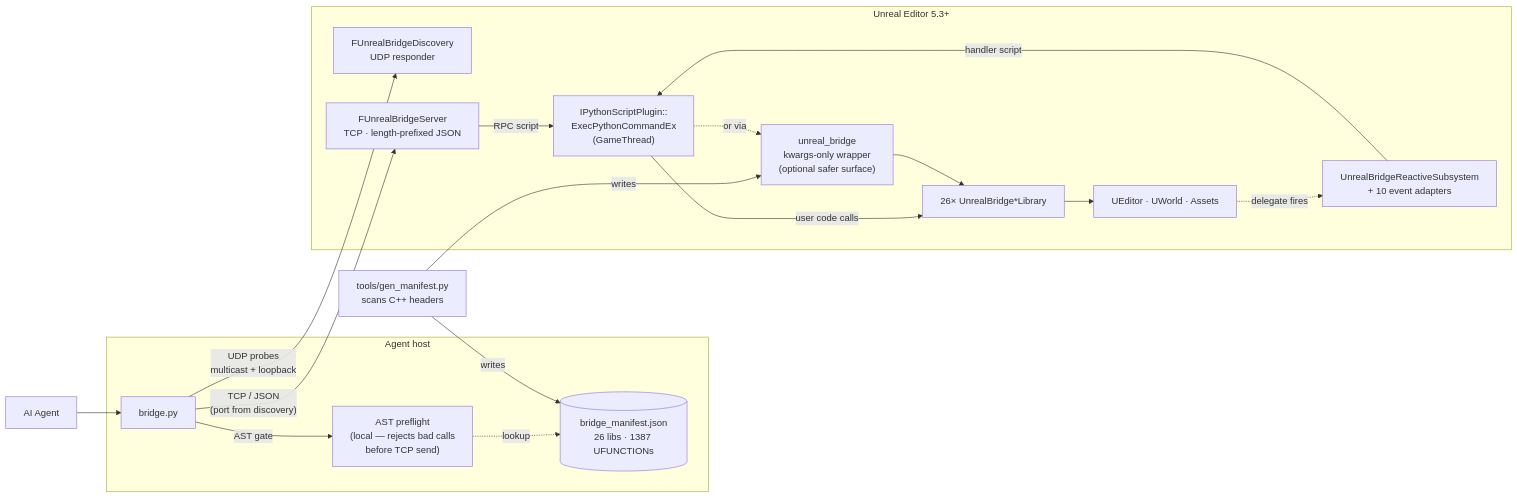
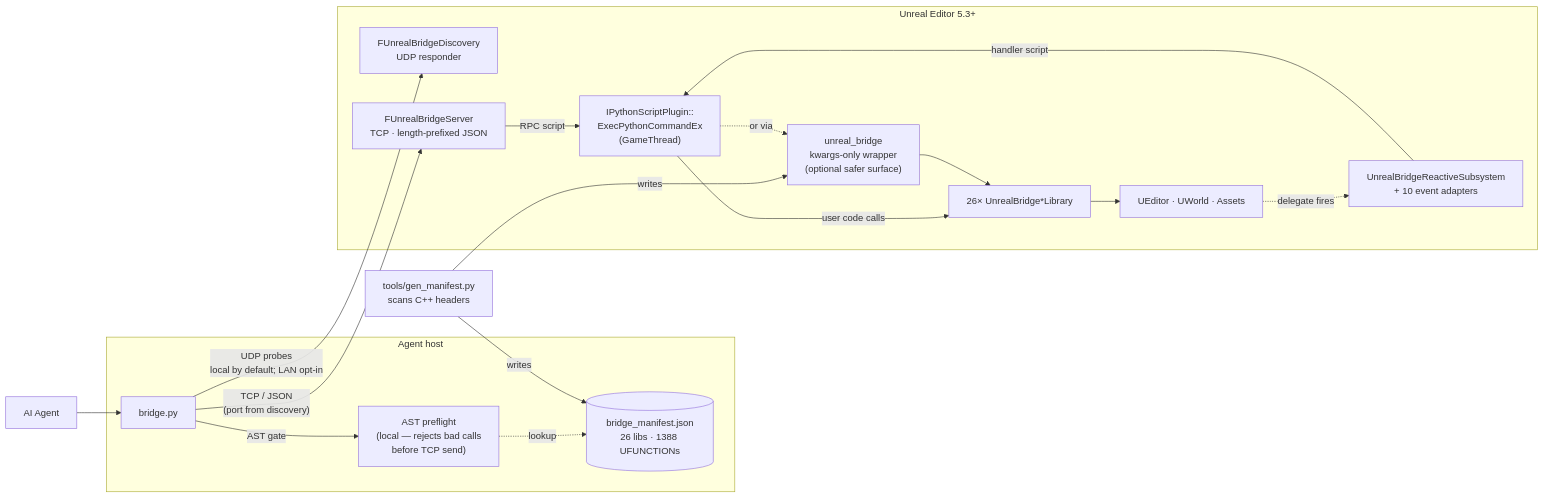
One commit to TornLux/UnrealBridge changed the diagram in README.md. Above: the diagram before and after it, drawn with Mermaid. The commit also changed other lines of this file and 16 other files, not shown here.

Commit message:
fix: harden discovery and material graph mutations

````diff
--- a/README.md
+++ b/README.md
@@ -45,40 +45,40 @@
 ```mermaid
 flowchart LR
     Agent["AI Agent"]
 
     subgraph Host["Agent host"]
       CLI["bridge.py"]
       Pre["AST preflight<br/>(local — rejects bad calls<br/>before TCP send)"]
-      Mani[("bridge_manifest.json<br/>26 libs · 1387 UFUNCTIONs")]
+      Mani[("bridge_manifest.json<br/>26 libs · 1388 UFUNCTIONs")]
     end
 
     Gen["tools/gen_manifest.py<br/>scans C++ headers"]
 
     subgraph UE["Unreal Editor 5.3+"]
       Disc["FUnrealBridgeDiscovery<br/>UDP responder"]
       Server["FUnrealBridgeServer<br/>TCP · length-prefixed JSON"]
       Reactive["UnrealBridgeReactiveSubsystem<br/>+ 10 event adapters"]
       Exec["IPythonScriptPlugin::<br/>ExecPythonCommandEx<br/>(GameThread)"]
       Wrap["unreal_bridge<br/>kwargs-only wrapper<br/>(optional safer surface)"]
       Libs["26× UnrealBridge*Library"]
       Engine["UEditor · UWorld · Assets"]
     end
 
     Agent --> CLI
     CLI -- "AST gate" --> Pre
     Pre -. "lookup" .-> Mani
 
     Gen -- "writes" --> Mani
     Gen -- "writes" --> Wrap
 
-    CLI -- "UDP probes<br/>multicast + loopback" --> Disc
+    CLI -- "UDP probes<br/>local by default; LAN opt-in" --> Disc
     CLI -- "TCP / JSON<br/>(port from discovery)" --> Server
     Server -- "RPC script" --> Exec
     Engine -. "delegate fires" .-> Reactive
     Reactive -- "handler script" --> Exec
 
     Exec -- "user code calls" --> Libs
     Exec -. "or via" .-> Wrap
     Wrap --> Libs
     Libs --> Engine
 ```
````
